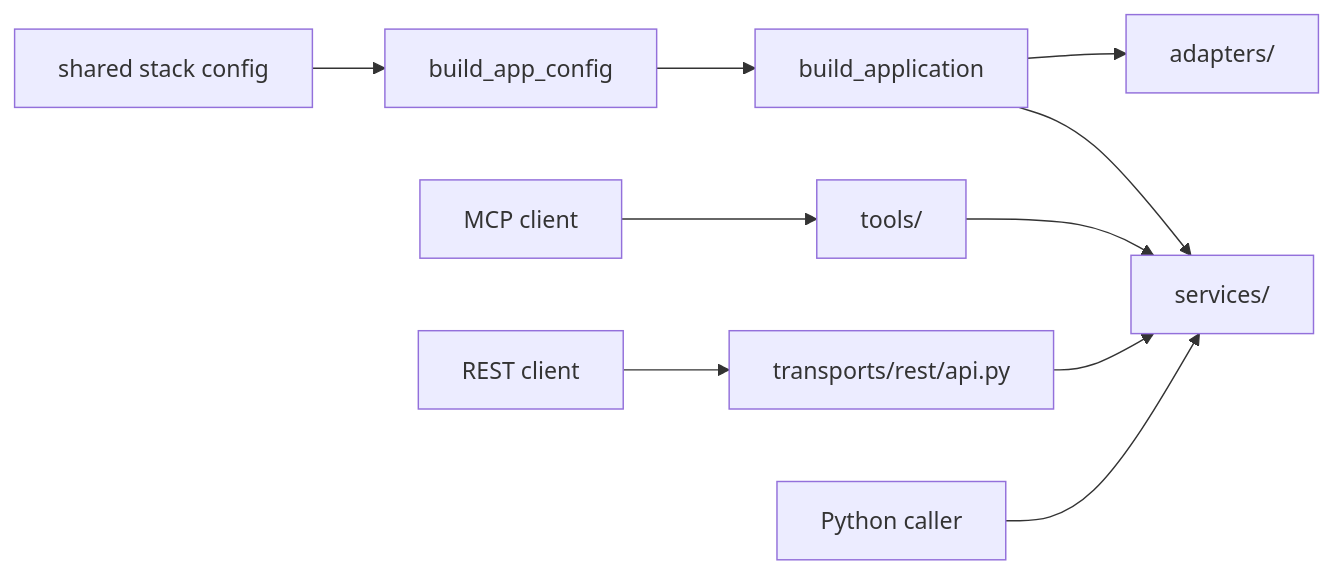
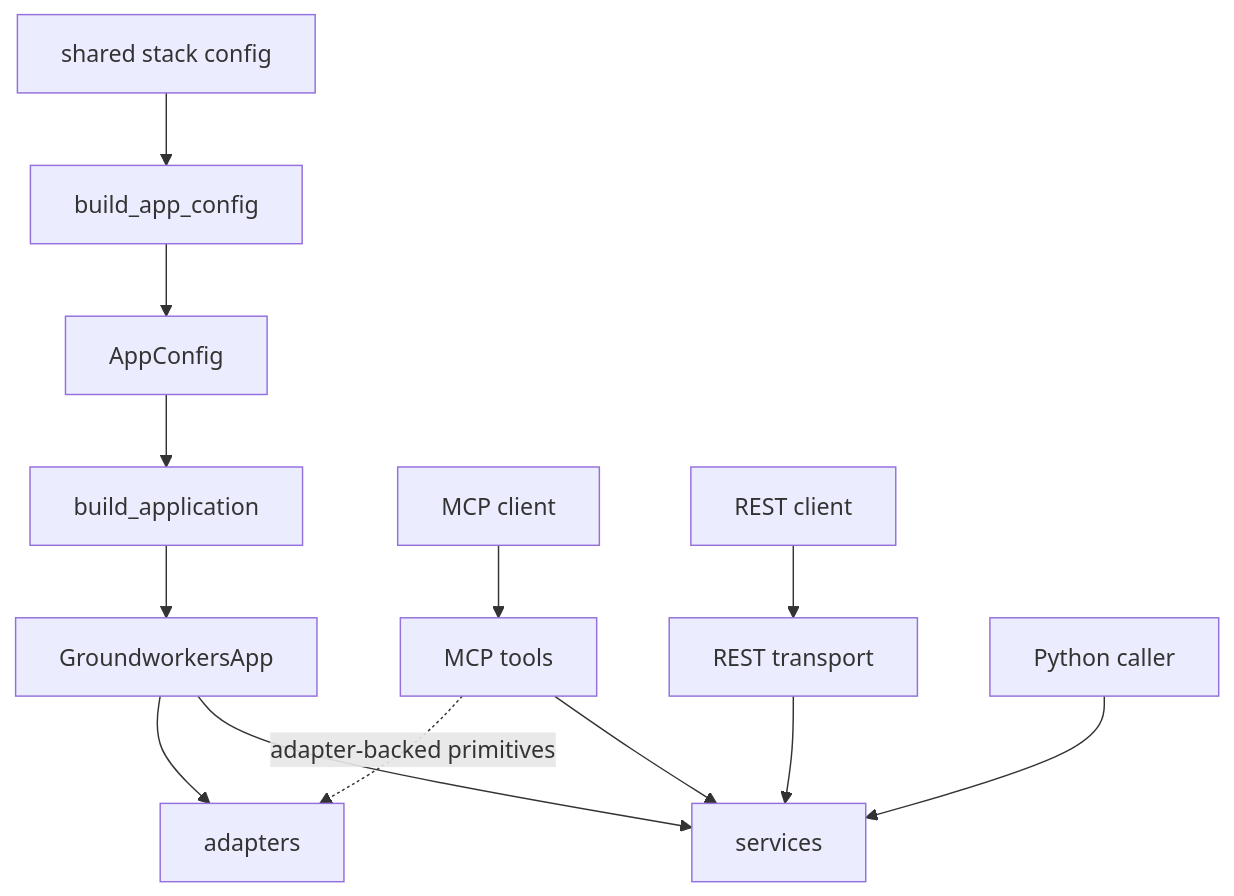
The diagram in README.md (AustralianCancerDataNetwork/groundworkers), drawn with Mermaid before and after one commit. The commit also changed other lines of this file and 2 other files, not shown here.

Commit message:
doc figures repair (#11)

````diff
--- a/README.md
+++ b/README.md
@@ -24,12 +24,15 @@
 ```mermaid
-flowchart LR
+flowchart TD
     STACK[shared stack config] --> BOOT[build_app_config]
-    BOOT --> APP[build_application]
-    APP --> SERVICES[services/]
-    APP --> ADAPTERS[adapters/]
-    MCP[MCP client] --> TOOLS[tools/]
-    TOOLS --> SERVICES
-REST[REST client] --> API[transports/rest/api.py]
-API --> SERVICES
-PY[Python caller] --> SERVICES
+    BOOT --> CFG[AppConfig]
+    CFG --> APP[build_application]
+    APP --> GW[GroundworkersApp]
+    GW --> SVC[services]
+    GW --> ADP[adapters]
+    MCP[MCP client] --> TOOLS[MCP tools]
+    REST[REST client] --> API[REST transport]
+    PY[Python caller] --> SVC
+    TOOLS --> SVC
+    TOOLS -. adapter-backed primitives .-> ADP
+    API --> SVC
 ```
````
